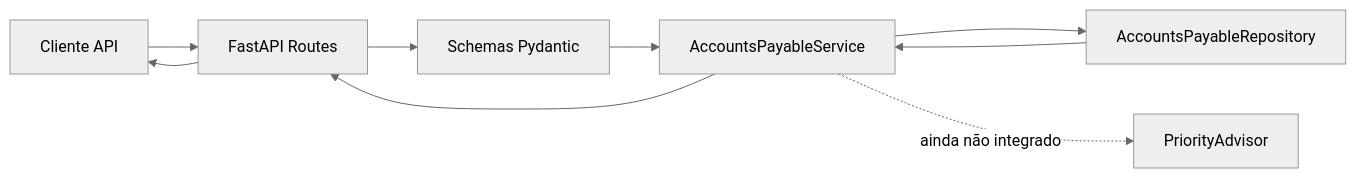
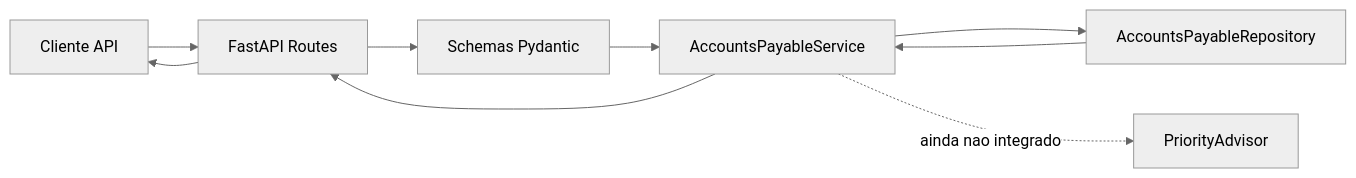
Before and after one commit to marciomello-bbras/projetolaboratorio: the third of 5 diagrams in README.md, drawn with Mermaid (neutral theme). The commit also changed other lines of this file and 1 other file, not shown here.

Commit message:
docs(arch): use GitHub-safe Mermaid flowcharts instead of C4

````diff
--- a/README.md
+++ b/README.md
@@ -320,18 +314,18 @@
 ```mermaid
 flowchart LR
     Client["Cliente API"]
     Routes["FastAPI Routes"]
     Schemas["Schemas Pydantic"]
     Service["AccountsPayableService"]
     Advisor["PriorityAdvisor"]
     Repository["AccountsPayableRepository"]
 
     Client --> Routes
     Routes --> Schemas
     Schemas --> Service
     Service --> Repository
-    Service -. ainda não integrado .-> Advisor
+    Service -. ainda nao integrado .-> Advisor
     Repository --> Service
     Service --> Routes
     Routes --> Client
 ```
````
